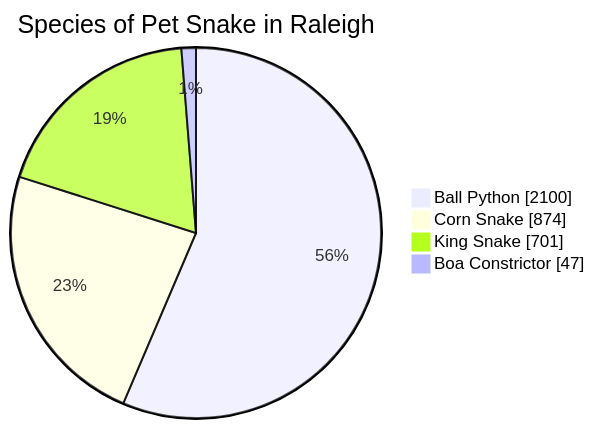
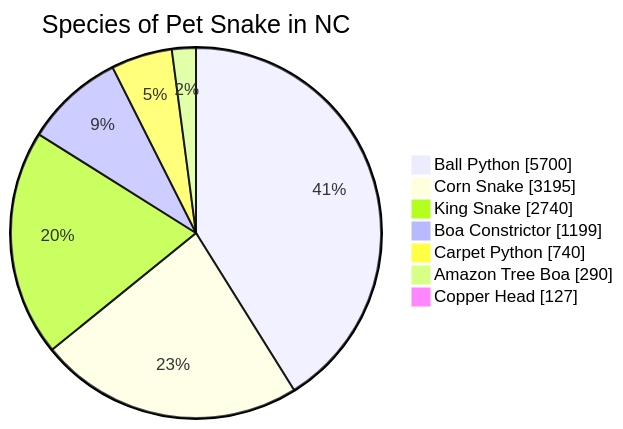
The diagram in Diagram.md (K-Tom-Hearn/K-Tom-Hearn.github.io), drawn with Mermaid before and after one commit.

Commit message:
Update Diagram.md
Updated pie chart showing commonly owned Pet snakes to include more species

````diff
--- a/Diagram.md
+++ b/Diagram.md
@@ -1,8 +1,11 @@
 ```mermaid
 pie showData
-    title Species of Pet Snake in Raleigh
-    "Ball Python" : 2100
-    "Corn Snake" : 874
-    "King Snake" : 701
-    "Boa Constrictor" : 47
+    title Species of Pet Snake in NC
+    "Ball Python" : 5700
+    "Corn Snake" : 3195
+    "King Snake" : 2740
+    "Boa Constrictor" : 1199
+    "Carpet Python" : 740
+    "Amazon Tree Boa" : 290
+    "Copper Head" : 127
 ```
````
